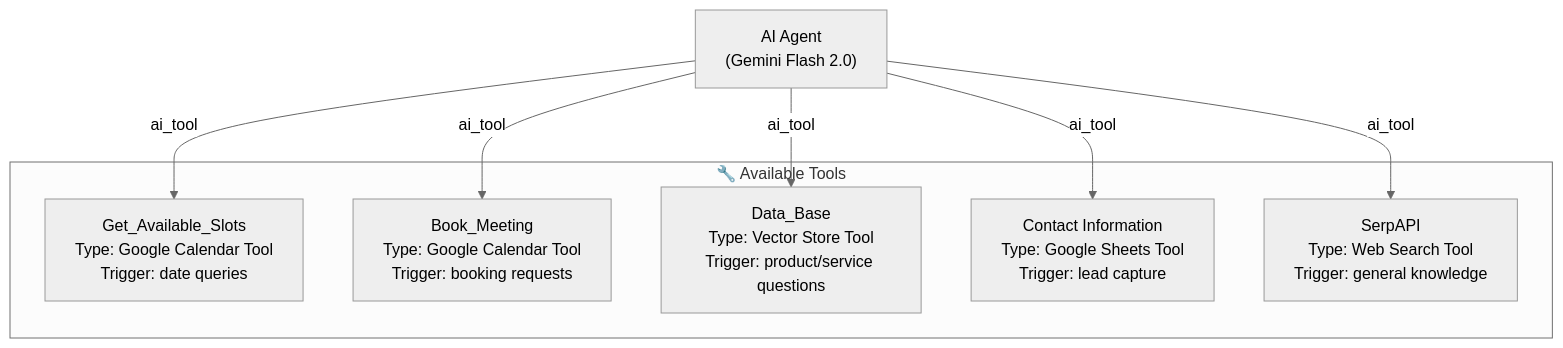
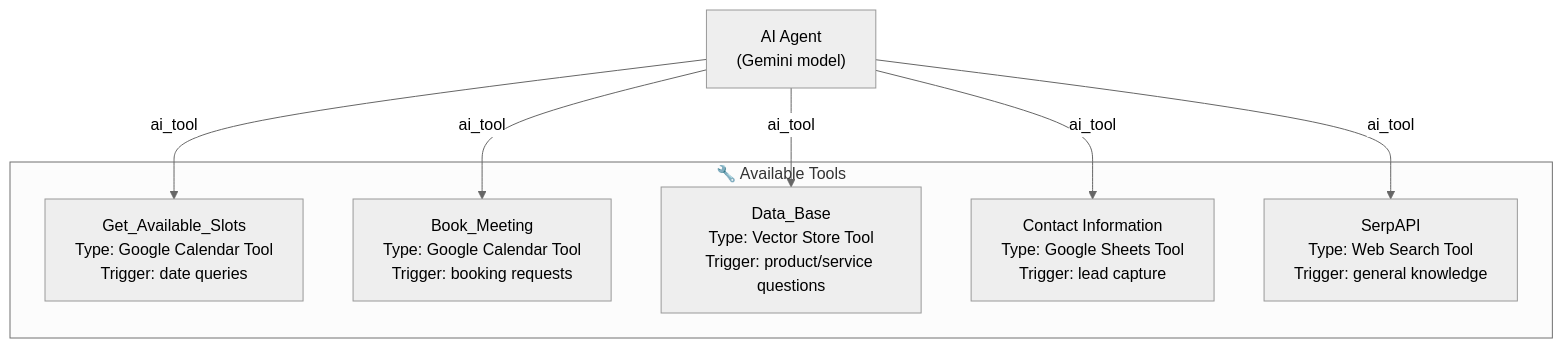
One commit to strider1000/Demo-Workflow-Automations changed the fourth of 4 diagrams in Voice_Rag_Agent/ARCHITECTURE.md. Above: the diagram before and after it, drawn with Mermaid (neutral theme). The commit also changed other lines of this file and 4 other files, not shown here.

````diff
--- a/Voice_Rag_Agent/ARCHITECTURE.md
+++ b/Voice_Rag_Agent/ARCHITECTURE.md
@@ -328,18 +328,18 @@
 ```mermaid
 graph TB
-    AGENT["AI Agent\n(Gemini Flash 2.0)"]
+    AGENT["AI Agent\n(Gemini model)"]
 
     subgraph Tools["🔧 Available Tools"]
         T1["Get_Available_Slots\nType: Google Calendar Tool\nTrigger: date queries"]
         T2["Book_Meeting\nType: Google Calendar Tool\nTrigger: booking requests"]
         T3["Data_Base\nType: Vector Store Tool\nTrigger: product/service questions"]
         T4["Contact Information\nType: Google Sheets Tool\nTrigger: lead capture"]
         T5["SerpAPI\nType: Web Search Tool\nTrigger: general knowledge"]
     end
 
     AGENT -->|"ai_tool"| T1
     AGENT -->|"ai_tool"| T2
     AGENT -->|"ai_tool"| T3
     AGENT -->|"ai_tool"| T4
     AGENT -->|"ai_tool"| T5
 ```
````
